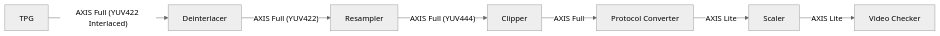
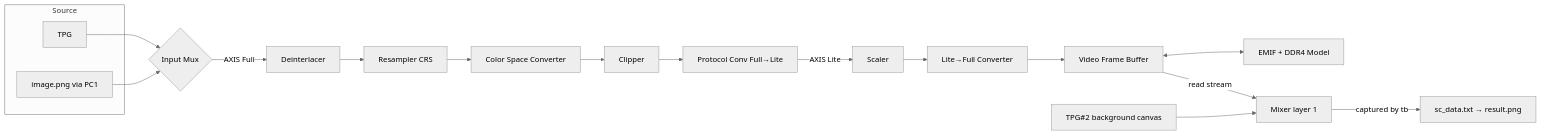
The diagram in README.md (10xEngineersTech/altera_video_pipeline), drawn with Mermaid (neutral theme) before and after one commit. The commit also changed other lines of this file and 1234 other files, not shown here.

Commit message:
Mixer added to Frame buffer and memory model

````diff
--- a/README.md
+++ b/README.md
@@ -37,9 +41,21 @@
 ```mermaid
 graph LR
-    A[TPG] -- "AXIS Full (YUV422 Interlaced)" --> DIL[Deinterlacer]
-    DIL -- "AXIS Full (YUV422)" --> R[Resampler]
-    R -- "AXIS Full (YUV444)" --> B[Clipper]
-    B -- "AXIS Full" --> C[Protocol Converter]
-    C -- "AXIS Lite" --> D[Scaler]
-    D -- "AXIS Lite" --> E[Video Checker]
+    subgraph Source
+        TPG[TPG]
+        IMG[image.png via PC1]
+    end
+    TPG --> MUX{Input Mux}
+    IMG --> MUX
+    MUX -- "AXIS Full" --> DIL[Deinterlacer]
+    DIL --> CRS[Resampler CRS]
+    CRS --> CSC[Color Space Converter]
+    CSC --> CLP[Clipper]
+    CLP --> PC0[Protocol Conv Full→Lite]
+    PC0 -- "AXIS Lite" --> SCL[Scaler]
+    SCL --> L2F[Lite→Full Converter]
+    L2F --> VFB[Video Frame Buffer]
+    VFB <--> EMIF[EMIF + DDR4 Model]
+    VFB -- "read stream" --> MIX[Mixer layer 1]
+    TPG2[TPG#2 background canvas] --> MIX
+    MIX -- "captured by tb" --> OUT[sc_data.txt → result.png]
 ```
````
